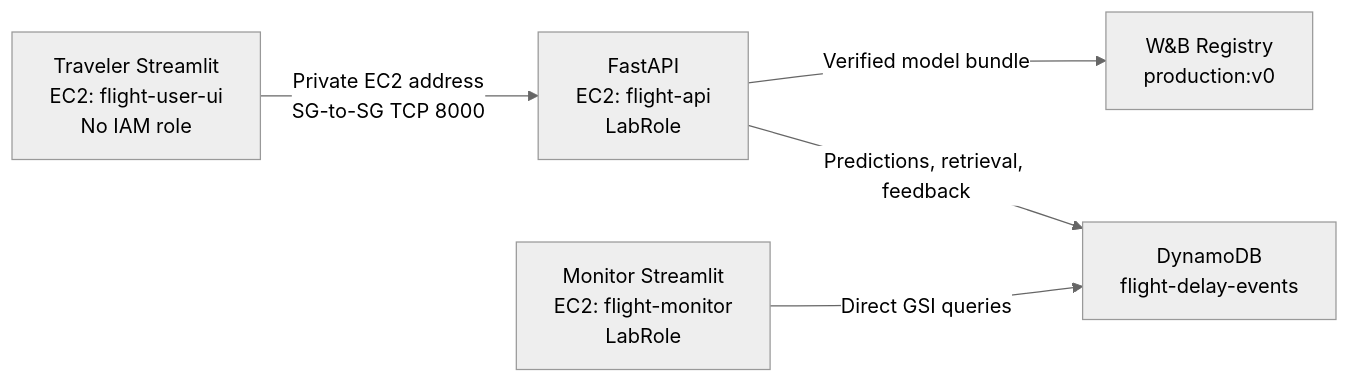
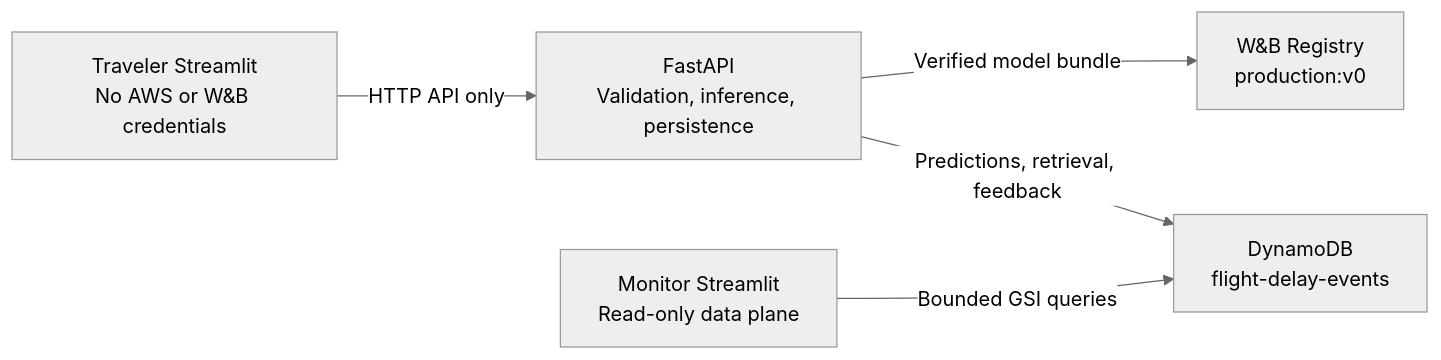
Before and after one commit to austinyoungblood/us-flight-delay-mlops: the diagram in README.md, drawn with Mermaid (neutral theme). The commit also changed other lines of this file and 46 other files, not shown here.

````diff
--- a/README.md
+++ b/README.md
@@ -15,13 +21,13 @@
 ```mermaid
 flowchart LR
-    T["Traveler Streamlit<br>EC2: flight-user-ui<br>No IAM role"]
-    A["FastAPI<br>EC2: flight-api<br>LabRole"]
+    T["Traveler Streamlit<br>No AWS or W&B credentials"]
+    A["FastAPI<br>Validation, inference, persistence"]
     W["W&B Registry<br>production:v0"]
     D["DynamoDB<br>flight-delay-events"]
-    M["Monitor Streamlit<br>EC2: flight-monitor<br>LabRole"]
+    M["Monitor Streamlit<br>Read-only data plane"]
 
-    T -->|"Private EC2 address<br>SG-to-SG TCP 8000"| A
+    T -->|"HTTP API only"| A
     A -->|"Verified model bundle"| W
     A -->|"Predictions, retrieval, feedback"| D
-    M -->|"Direct GSI queries"| D
+    M -->|"Bounded GSI queries"| D
 ```
````
